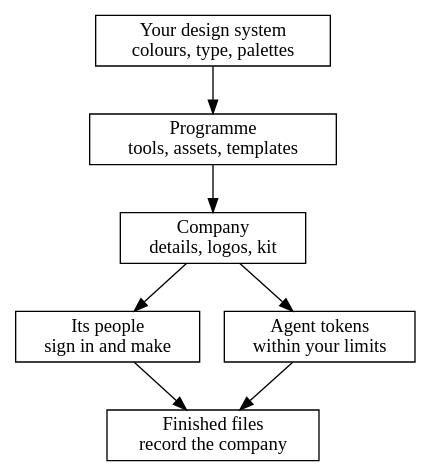
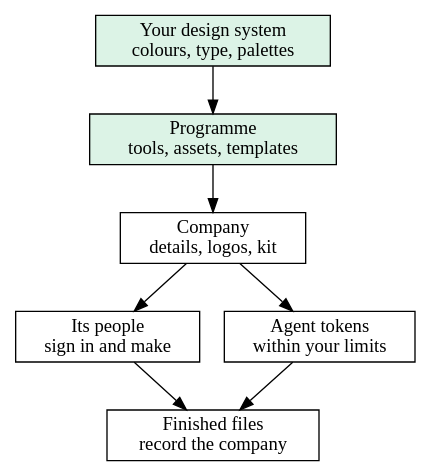
Before and after one commit to lolly-tools/lolly: the diagram in docs/diagram-sources/work-partners/programme-structure.dot, drawn with Graphviz. The commit also changed 13 other files, not shown here.

First line of the commit message:
docs(work): partner diagrams take the docs greens and drop their own titles

```diff
--- a/docs/diagram-sources/work-partners/programme-structure.dot
+++ b/docs/diagram-sources/work-partners/programme-structure.dot
@@ -1,16 +1,16 @@
 digraph programme_structure {
   rankdir=TB
   node [shape=box]
-  brand [label="Your design system\ncolours, type, palettes"]
-  programme [label="Programme\ntools, assets, templates"]
+  brand [label="Your design system\ncolours, type, palettes", style=filled, fillcolor="#dcf3e6"]
+  programme [label="Programme\ntools, assets, templates", style=filled, fillcolor="#dcf3e6"]
   company [label="Company\ndetails, logos, kit"]
   people [label="Its people\nsign in and make"]
   agents [label="Agent tokens\nwithin your limits"]
   files [label="Finished files\nrecord the company"]
   brand -> programme
   programme -> company
   company -> people
   company -> agents
   people -> files
   agents -> files
 }
```
